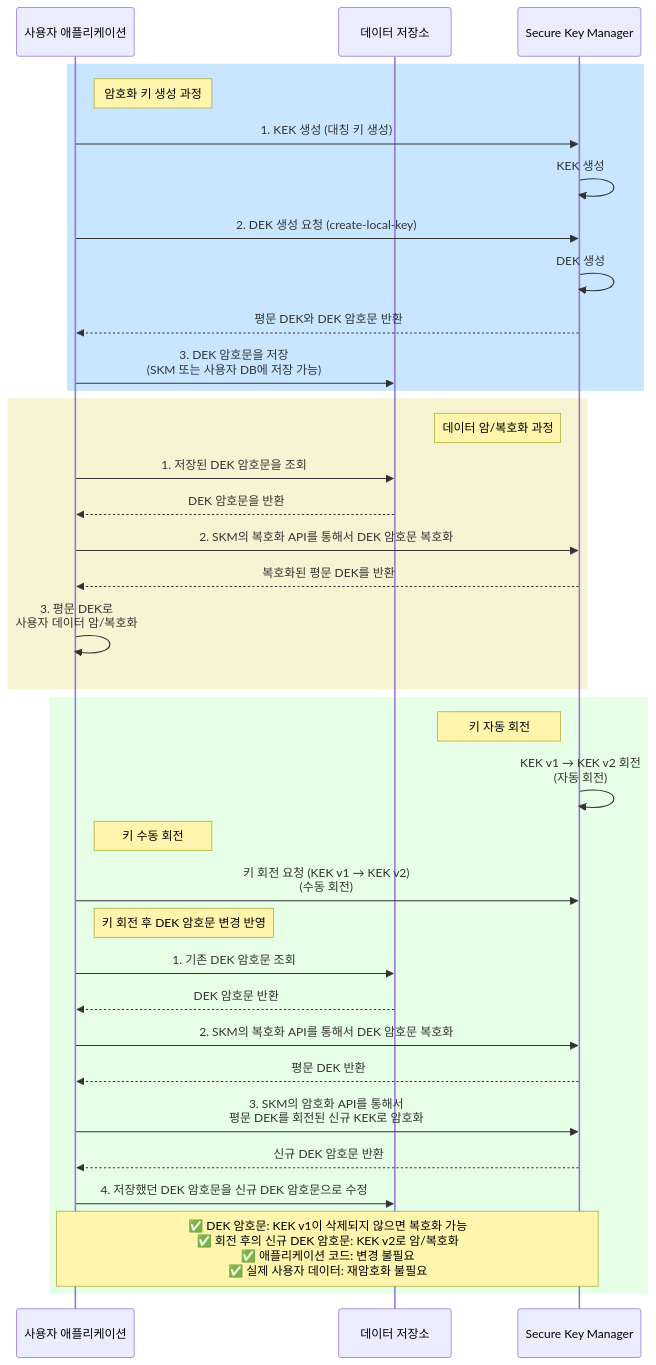
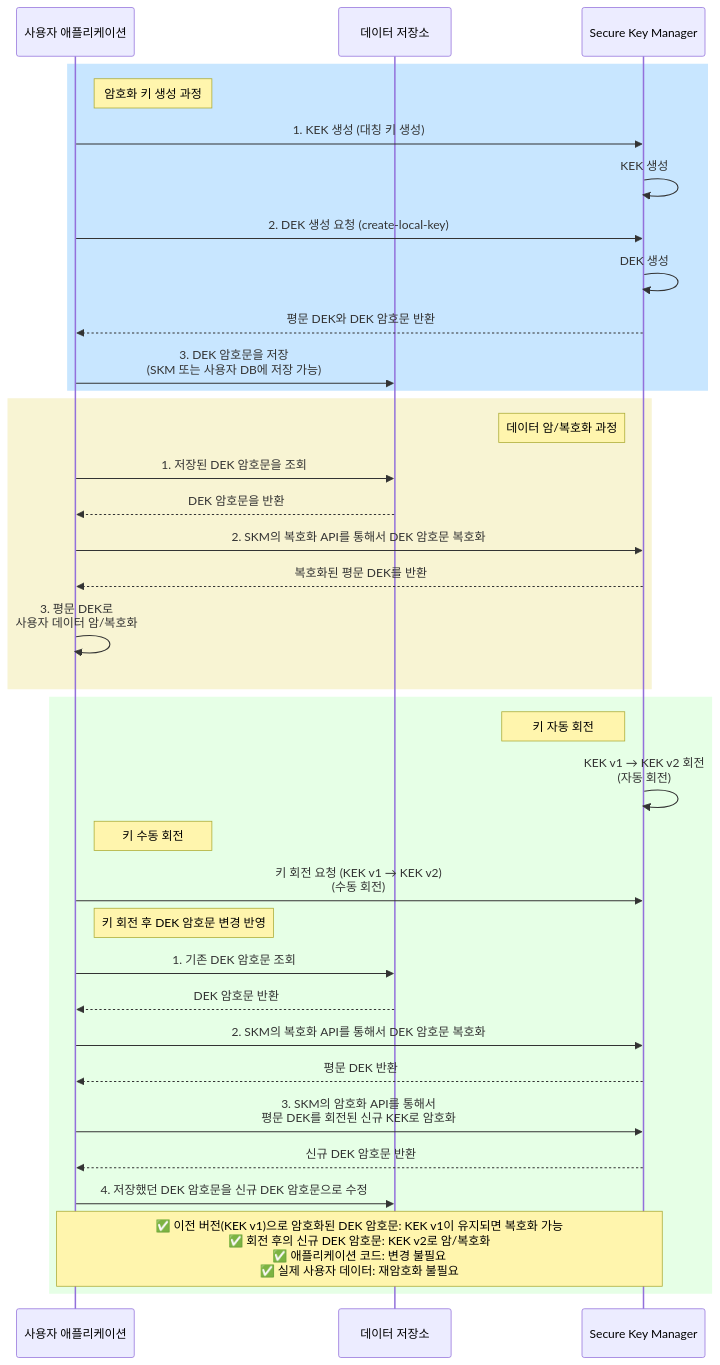
Before and after one commit to TOAST-DOCS/kms: the diagram in ko/key-rotation-guide.md, drawn with Mermaid. The commit also changed other lines of this file, not shown here.

````diff
--- a/ko/key-rotation-guide.md
+++ b/ko/key-rotation-guide.md
@@ -114,47 +114,47 @@
 ```mermaid
 sequenceDiagram
     participant App as 사용자 애플리케이션
     participant DB as 데이터 저장소
     participant SKM as Secure Key Manager
 
     rect rgb(200, 230, 255)
     note right of App: 암호화 키 생성 과정
 
     App->>SKM: 1. KEK 생성 (대칭 키 생성)
     SKM->>SKM: KEK 생성
     App->>SKM: 2. DEK 생성 요청 (create-local-key)
     SKM->>SKM: DEK 생성
     SKM-->>App: 평문 DEK와 DEK 암호문 반환
     App->>DB: 3. DEK 암호문을 저장<br/>(SKM 또는 사용자 DB에 저장 가능)
     end
 
     rect rgb(248, 244, 211)
     note left of SKM: 데이터 암/복호화 과정
 
     App->>DB: 1. 저장된 DEK 암호문을 조회
     DB-->>App: DEK 암호문을 반환
     App->>SKM: 2. SKM의 복호화 API를 통해서 DEK 암호문 복호화
     SKM-->>App: 복호화된 평문 DEK를 반환
     App->>App: 3. 평문 DEK로<br/>사용자 데이터 암/복호화
     end
 
     rect rgb(230, 255, 230)
     note left of SKM: 키 자동 회전
     SKM->>SKM: KEK v1 → KEK v2 회전<br/>(자동 회전)
 
     note right of App: 키 수동 회전
     App->>SKM: 키 회전 요청 (KEK v1 → KEK v2)<br/>(수동 회전)
 
     note right of App: 키 회전 후 DEK 암호문 변경 반영
     App->>DB: 1. 기존 DEK 암호문 조회
     DB-->>App: DEK 암호문 반환
     App->>SKM: 2. SKM의 복호화 API를 통해서 DEK 암호문 복호화
     SKM-->>App: 평문 DEK 반환
     App->>SKM: 3. SKM의 암호화 API를 통해서<br/>평문 DEK를 회전된 신규 KEK로 암호화
     SKM-->>App: 신규 DEK 암호문 반환
     App->>DB: 4. 저장했던 DEK 암호문을 신규 DEK 암호문으로 수정
 
-    note over App, SKM: ✅ DEK 암호문: KEK v1이 삭제되지 않으면 복호화 가능<br/>✅ 회전 후의 신규 DEK 암호문: KEK v2로 암/복호화<br/>✅ 애플리케이션 코드: 변경 불필요<br/>✅ 실제 사용자 데이터: 재암호화 불필요
+    note over App, SKM: ✅ 이전 버전(KEK v1)으로 암호화된 DEK 암호문: KEK v1이 유지되면 복호화 가능<br/>✅ 회전 후의 신규 DEK 암호문: KEK v2로 암/복호화<br/>✅ 애플리케이션 코드: 변경 불필요<br/>✅ 실제 사용자 데이터: 재암호화 불필요
 
     end
 ```
````
